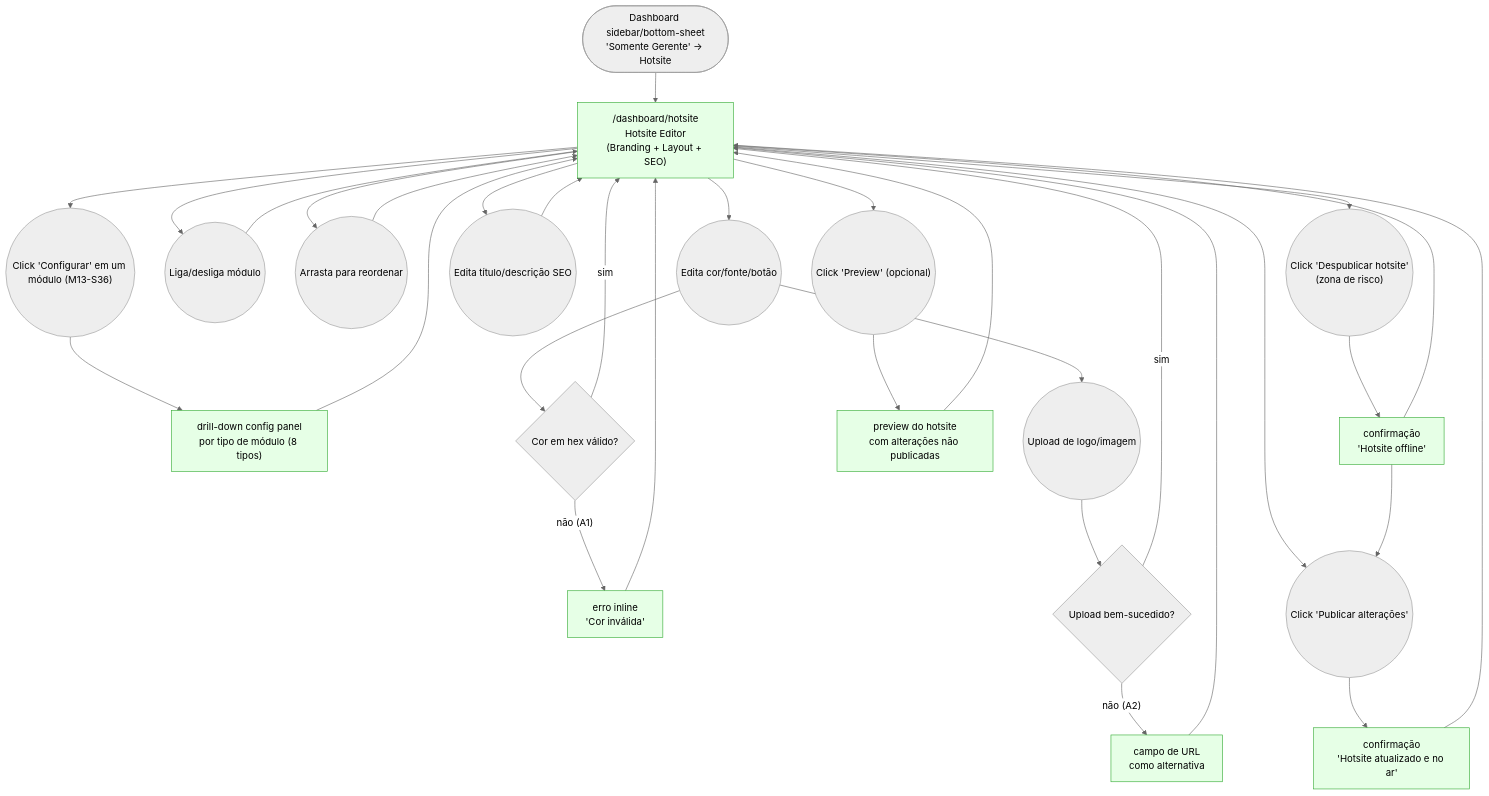
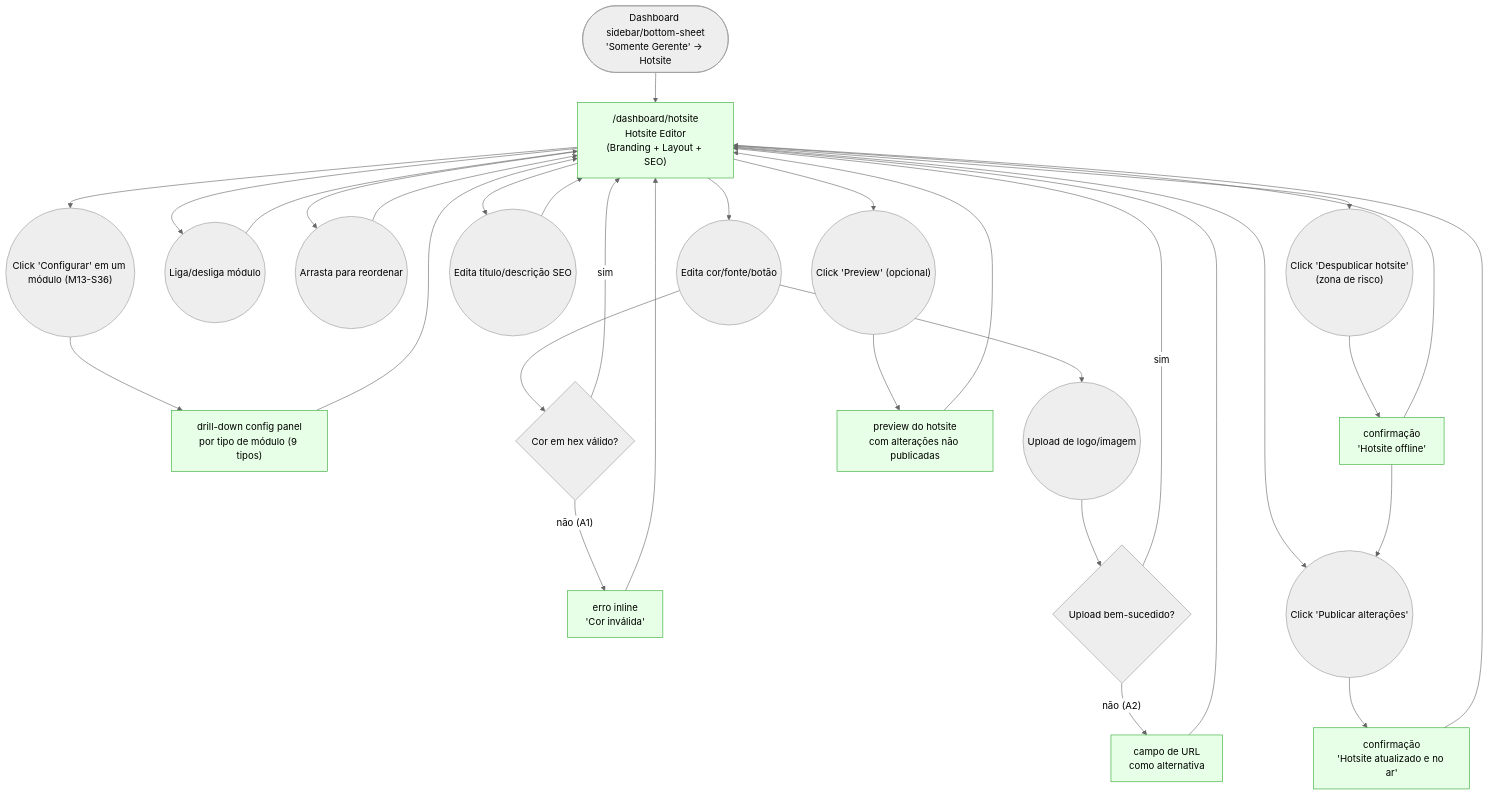
The diagram in plan/journey/manager/hotsite.md (lmmoreira/ikaro), drawn with Mermaid (neutral theme) before and after one commit. The commit also changed other lines of this file and 39 other files, not shown here.

````diff
--- a/plan/journey/manager/hotsite.md
+++ b/plan/journey/manager/hotsite.md
@@ -10,45 +10,45 @@
 ```mermaid
 flowchart TD
     classDef existing fill:#e6ffe6,stroke:#3a3
     classDef gap stroke:#f00,stroke-dasharray: 5 5,fill:#fee
 
     Start(["Dashboard sidebar/bottom-sheet<br/>'Somente Gerente' → Hotsite"]) --> Editor["/dashboard/hotsite<br/>Hotsite Editor<br/>(Branding + Layout + SEO)"]
 
     Editor --> EditBranding(("Edita cor/fonte/botão"))
     Editor --> ToggleModule(("Liga/desliga módulo"))
     Editor --> ReorderModule(("Arrasta para reordenar"))
     Editor --> ConfigModule(("Click 'Configurar' em um módulo (M13-S36)"))
-    ConfigModule --> ModuleConfigPanel["drill-down config panel<br/>por tipo de módulo (8 tipos)"]
+    ConfigModule --> ModuleConfigPanel["drill-down config panel<br/>por tipo de módulo (9 tipos)"]
     ModuleConfigPanel --> Editor
     Editor --> EditSeo(("Edita título/descrição SEO"))
 
     EditBranding --> ColorValid{"Cor em hex válido?"}
     ColorValid -- "não (A1)" --> ColorError["erro inline<br/>'Cor inválida'"]
     ColorError --> Editor
     ColorValid -- "sim" --> Editor
 
     EditBranding --> ImageUpload(("Upload de logo/imagem"))
     ImageUpload --> UploadOk{"Upload bem-sucedido?"}
     UploadOk -- "não (A2)" --> UrlFallback["campo de URL<br/>como alternativa"]
     UrlFallback --> Editor
     UploadOk -- "sim" --> Editor
 
     ToggleModule --> Editor
     ReorderModule --> Editor
     EditSeo --> Editor
 
     Editor --> PreviewBtn(("Click 'Preview' (opcional)"))
     PreviewBtn --> PreviewPane["preview do hotsite<br/>com alterações não publicadas"]
     PreviewPane --> Editor
 
     Editor --> PublishBtn(("Click 'Publicar alterações'"))
     PublishBtn --> PublishSuccess["confirmação<br/>'Hotsite atualizado e no ar'"]
     PublishSuccess --> Editor
 
     Editor --> UnpublishBtn(("Click 'Despublicar hotsite'<br/>(zona de risco)"))
     UnpublishBtn --> UnpublishSuccess["confirmação<br/>'Hotsite offline'"]
     UnpublishSuccess --> PublishBtn
     UnpublishSuccess --> Editor
 
     class Editor,ColorError,UrlFallback,PreviewPane,PublishSuccess,UnpublishSuccess,ModuleConfigPanel existing
 ```
````
